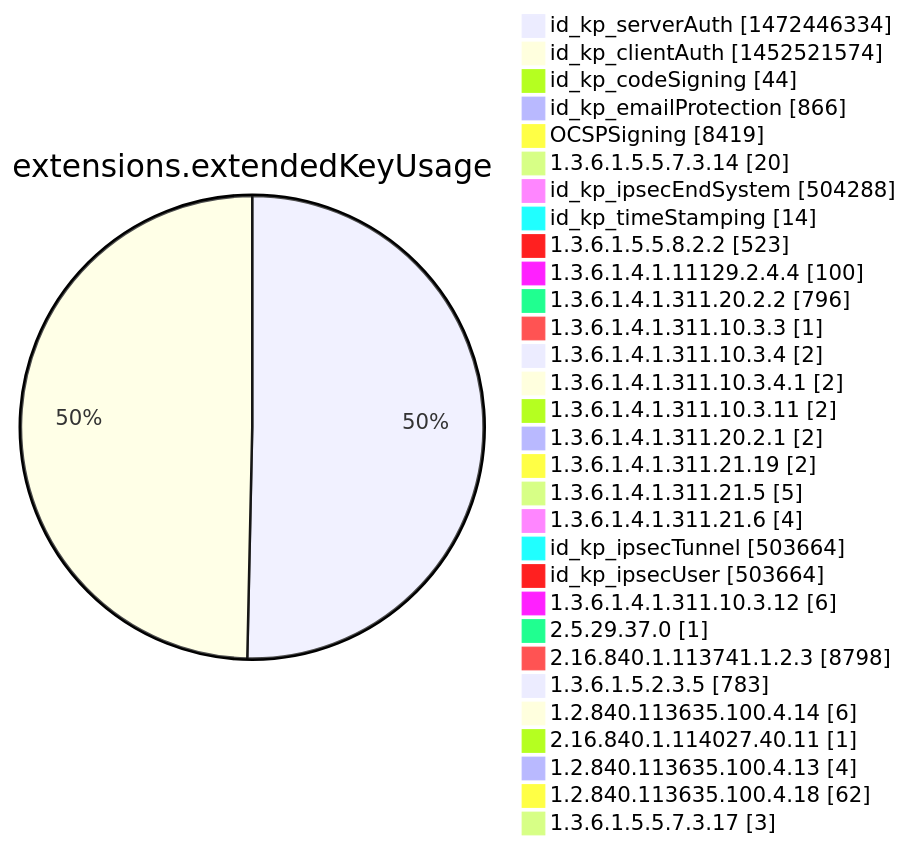
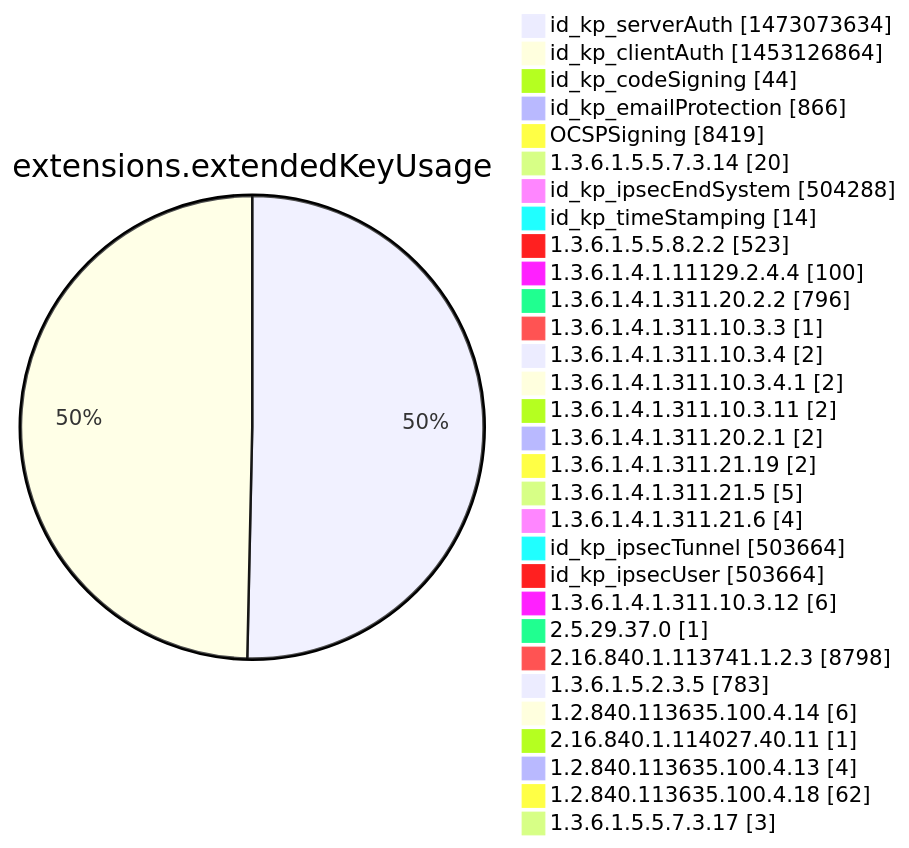
One commit to christiankrug/ctmonitor_visualization changed diagram 12 of 15 in argon2022/README.md. Above: the diagram before and after it, drawn with Mermaid. The commit also changed other lines of this file, not shown here.

````diff
--- a/argon2022/README.md
+++ b/argon2022/README.md
@@ -3555,34 +3555,34 @@
 ```mermaid
 pie showData
 title extensions.extendedKeyUsage
-"id_kp_serverAuth" :1472446334
-"id_kp_clientAuth" :1452521574
+"id_kp_serverAuth" :1473073634
+"id_kp_clientAuth" :1453126864
 "id_kp_codeSigning" :44
 "id_kp_emailProtection" :866
 "OCSPSigning" :8419
 "1.3.6.1.5.5.7.3.14" :20
 "id_kp_ipsecEndSystem" :504288
 "id_kp_timeStamping" :14
 "1.3.6.1.5.5.8.2.2" :523
 "1.3.6.1.4.1.11129.2.4.4" :100
 "1.3.6.1.4.1.311.20.2.2" :796
 "1.3.6.1.4.1.311.10.3.3" :1
 "1.3.6.1.4.1.311.10.3.4" :2
 "1.3.6.1.4.1.311.10.3.4.1" :2
 "1.3.6.1.4.1.311.10.3.11" :2
 "1.3.6.1.4.1.311.20.2.1" :2
 "1.3.6.1.4.1.311.21.19" :2
 "1.3.6.1.4.1.311.21.5" :5
 "1.3.6.1.4.1.311.21.6" :4
 "id_kp_ipsecTunnel" :503664
 "id_kp_ipsecUser" :503664
 "1.3.6.1.4.1.311.10.3.12" :6
 "2.5.29.37.0" :1
 "2.16.840.1.113741.1.2.3" :8798
 "1.3.6.1.5.2.3.5" :783
 "1.2.840.113635.100.4.14" :6
 "2.16.840.1.114027.40.11" :1
 "1.2.840.113635.100.4.13" :4
 "1.2.840.113635.100.4.18" :62
 "1.3.6.1.5.5.7.3.17" :3
 ```
````
